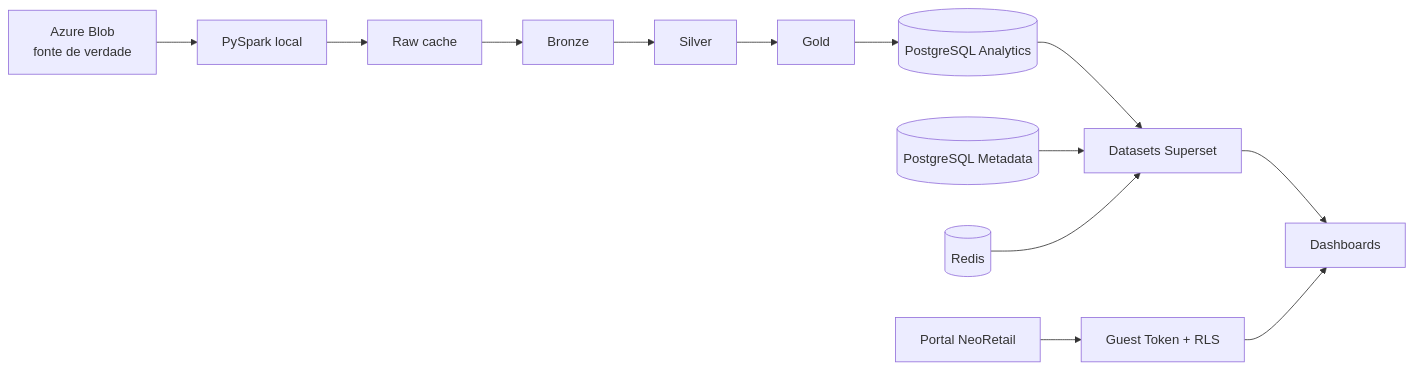
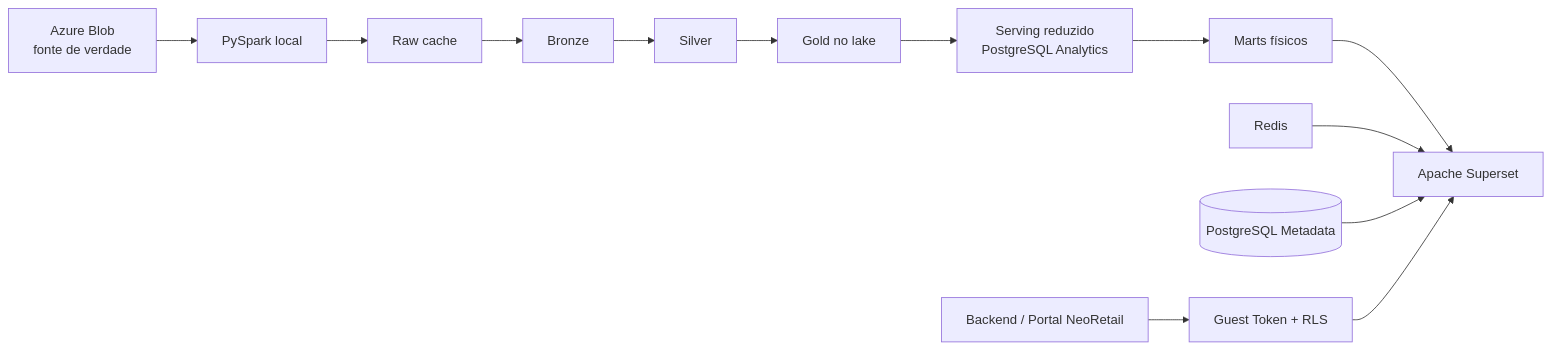
One commit to isaiasj29061996/neoretail-superset-multitenant-poc changed the first of 2 diagrams in README.md. Above: the diagram before and after it, drawn with Mermaid. The commit also changed other lines of this file, not shown here.

````diff
--- a/README.md
+++ b/README.md
@@ -48,15 +47,15 @@
 ```mermaid
 flowchart LR
     A[Azure Blob<br/>fonte de verdade] --> B[PySpark local]
     B --> C[Raw cache]
     C --> D[Bronze]
     D --> E[Silver]
-    E --> F[Gold]
-    F --> G[(PostgreSQL Analytics)]
-    G --> H[Datasets Superset]
-    H --> I[Dashboards]
-    J[Portal NeoRetail] --> K[Guest Token + RLS]
-    K --> I
-    L[(PostgreSQL Metadata)] --> H
-    M[(Redis)] --> H
+    E --> F[Gold no lake]
+    F --> G[Serving reduzido<br/>PostgreSQL Analytics]
+    G --> H[Marts físicos]
+    H --> I[Apache Superset]
+    J[Redis] --> I
+    K[(PostgreSQL Metadata)] --> I
+    L[Backend / Portal NeoRetail] --> M[Guest Token + RLS]
+    M --> I
 ```
````
